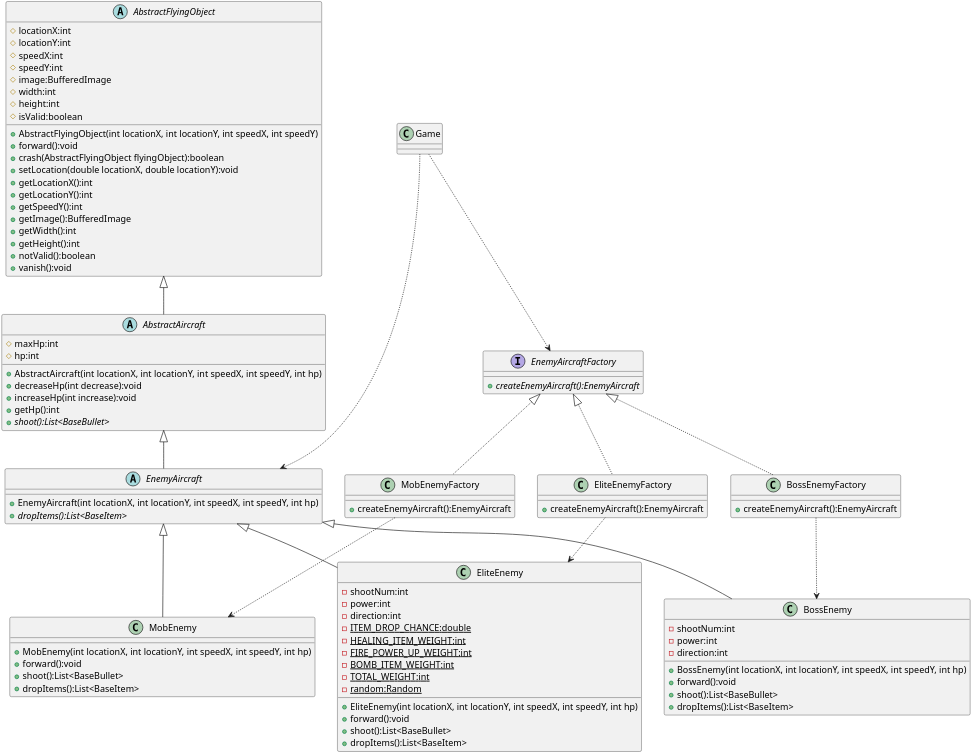
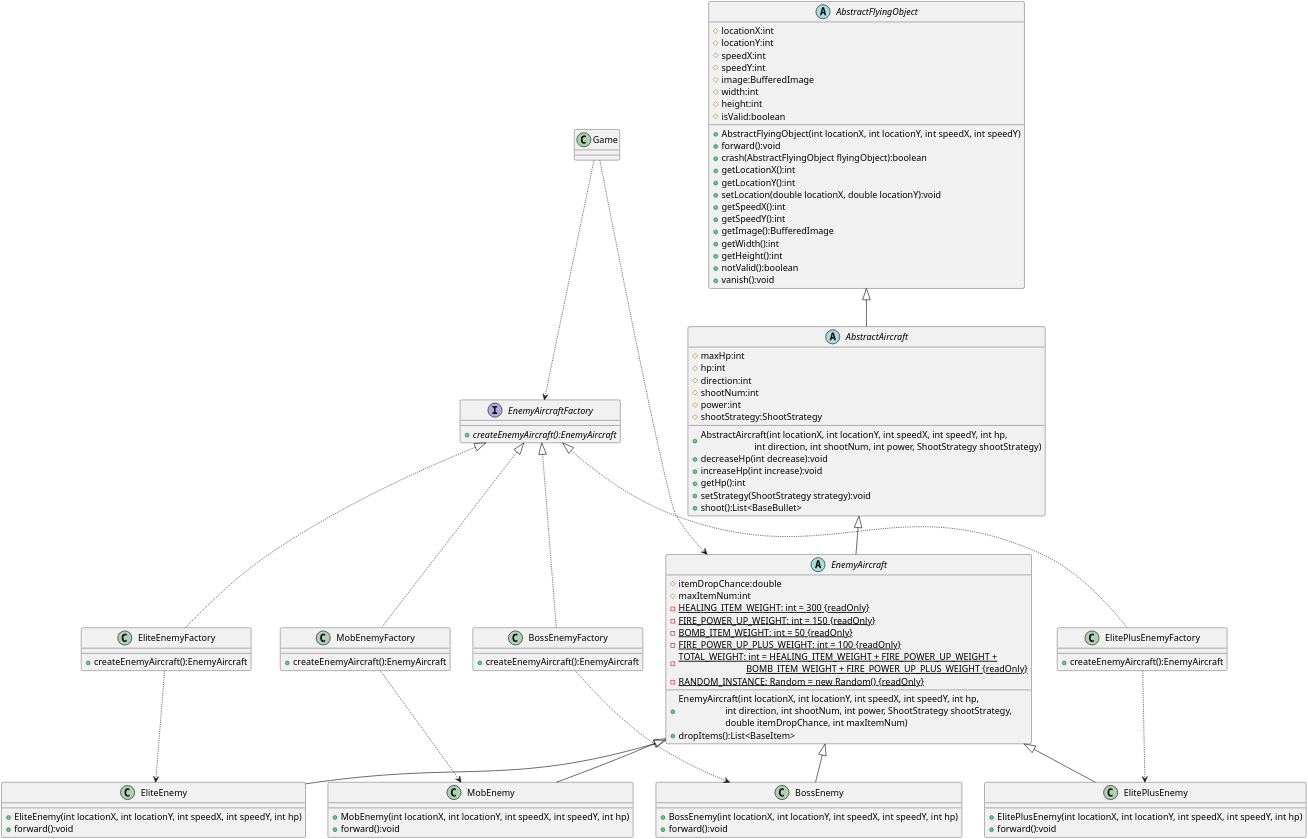
One commit to SymmFz/OOP-AircraftWar-Practice changed the diagram in uml/EnemyAircraft.puml. Above: the diagram before and after it, drawn with PlantUML. The commit also changed 5 other files, not shown here.

```diff
--- a/uml/EnemyAircraft.puml
+++ b/uml/EnemyAircraft.puml
@@ -1,125 +1,140 @@
 @startuml
 'https://plantuml.com/class-diagram
 
 scale 4
 
 class Game
 {
 
 }
 
 Game ..> EnemyAircraft
 Game ..> EnemyAircraftFactory
 
 
 interface EnemyAircraftFactory
 {
     + {abstract} createEnemyAircraft():EnemyAircraft
 }
 
 class MobEnemyFactory
 {
     + createEnemyAircraft():EnemyAircraft
 }
 
 class EliteEnemyFactory
 {
     + createEnemyAircraft():EnemyAircraft
 }
 
 class BossEnemyFactory
 {
     + createEnemyAircraft():EnemyAircraft
 }
 
+class ElitePlusEnemyFactory
+{
+    + createEnemyAircraft():EnemyAircraft
+}
+
 EnemyAircraftFactory <|.. MobEnemyFactory
 EnemyAircraftFactory <|.. EliteEnemyFactory
 EnemyAircraftFactory <|.. BossEnemyFactory
+EnemyAircraftFactory <|.. ElitePlusEnemyFactory
 
 MobEnemyFactory ..> MobEnemy
 EliteEnemyFactory ..> EliteEnemy
 BossEnemyFactory ..> BossEnemy
+ElitePlusEnemyFactory ..> ElitePlusEnemy
 
 abstract class AbstractFlyingObject
 {
     # locationX:int
     # locationY:int
     # speedX:int
     # speedY:int
     # image:BufferedImage
     # width:int
     # height:int
     # isValid:boolean
 
     + AbstractFlyingObject(int locationX, int locationY, int speedX, int speedY)
     + forward():void
     + crash(AbstractFlyingObject flyingObject):boolean
-    + setLocation(double locationX, double locationY):void
     + getLocationX():int
     + getLocationY():int
+    + setLocation(double locationX, double locationY):void
+    + getSpeedX():int
     + getSpeedY():int
     + getImage():BufferedImage
     + getWidth():int
     + getHeight():int
     + notValid():boolean
     + vanish():void
 }
 
+
 abstract class AbstractAircraft
 {
 	# maxHp:int
     # hp:int
-    + AbstractAircraft(int locationX, int locationY, int speedX, int speedY, int hp)
+    # direction:int
+    # shootNum:int
+    # power:int
+    # shootStrategy:ShootStrategy
+    + AbstractAircraft(int locationX, int locationY, int speedX, int speedY, int hp, \n\
+                       int direction, int shootNum, int power, ShootStrategy shootStrategy)
     + decreaseHp(int decrease):void
     + increaseHp(int increase):void
     + getHp():int
-    + {abstract} shoot():List<BaseBullet>
+    + setStrategy(ShootStrategy strategy):void
+    + shoot():List<BaseBullet>
  }
 
 AbstractFlyingObject <|-- AbstractAircraft
 
 abstract class EnemyAircraft {
-    + EnemyAircraft(int locationX, int locationY, int speedX, int speedY, int hp)
-    + {abstract} dropItems():List<BaseItem>
+    # itemDropChance:double
+    # maxItemNum:int
+    - {static} HEALING_ITEM_WEIGHT: int = 300 {readOnly}
+    - {static} FIRE_POWER_UP_WEIGHT: int = 150 {readOnly}
+    - {static} BOMB_ITEM_WEIGHT: int = 50 {readOnly}
+    - {static} FIRE_POWER_UP_PLUS_WEIGHT: int = 100 {readOnly}
+    - {static} TOTAL_WEIGHT: int = HEALING_ITEM_WEIGHT + FIRE_POWER_UP_WEIGHT + \n\
+                             BOMB_ITEM_WEIGHT + FIRE_POWER_UP_PLUS_WEIGHT {readOnly}
+    - {field} {static} RANDOM_INSTANCE: Random = new Random() {readOnly}
+    + EnemyAircraft(int locationX, int locationY, int speedX, int speedY, int hp, \n\
+                    int direction, int shootNum, int power, ShootStrategy shootStrategy, \n\
+                    double itemDropChance, int maxItemNum)
+    + dropItems():List<BaseItem>
 }
 
 AbstractAircraft <|-- EnemyAircraft
 
 class MobEnemy {
     + MobEnemy(int locationX, int locationY, int speedX, int speedY, int hp)
     + forward():void
-    + shoot():List<BaseBullet>
-    + dropItems():List<BaseItem>
 }
 
 class EliteEnemy {
-    - shootNum:int
-    - power:int
-    - direction:int
-    - {static} ITEM_DROP_CHANCE:double
-    - {static} HEALING_ITEM_WEIGHT:int
-    - {static} FIRE_POWER_UP_WEIGHT:int
-    - {static} BOMB_ITEM_WEIGHT:int
-    - {static} TOTAL_WEIGHT:int
-    - {static} random:Random
     + EliteEnemy(int locationX, int locationY, int speedX, int speedY, int hp)
     + forward():void
-    + shoot():List<BaseBullet>
-    + dropItems():List<BaseItem>
 }
 
+
 class BossEnemy {
-    - shootNum:int
-    - power:int
-    - direction:int
     + BossEnemy(int locationX, int locationY, int speedX, int speedY, int hp)
     + forward():void
-    + shoot():List<BaseBullet>
-    + dropItems():List<BaseItem>
+}
+
+class ElitePlusEnemy {
+    + ElitePlusEnemy(int locationX, int locationY, int speedX, int speedY, int hp)
+    + forward():void
 }
 
 EnemyAircraft <|-- MobEnemy
 EnemyAircraft <|-- EliteEnemy
 EnemyAircraft <|-- BossEnemy
+EnemyAircraft <|-- ElitePlusEnemy
 
 @enduml
```
